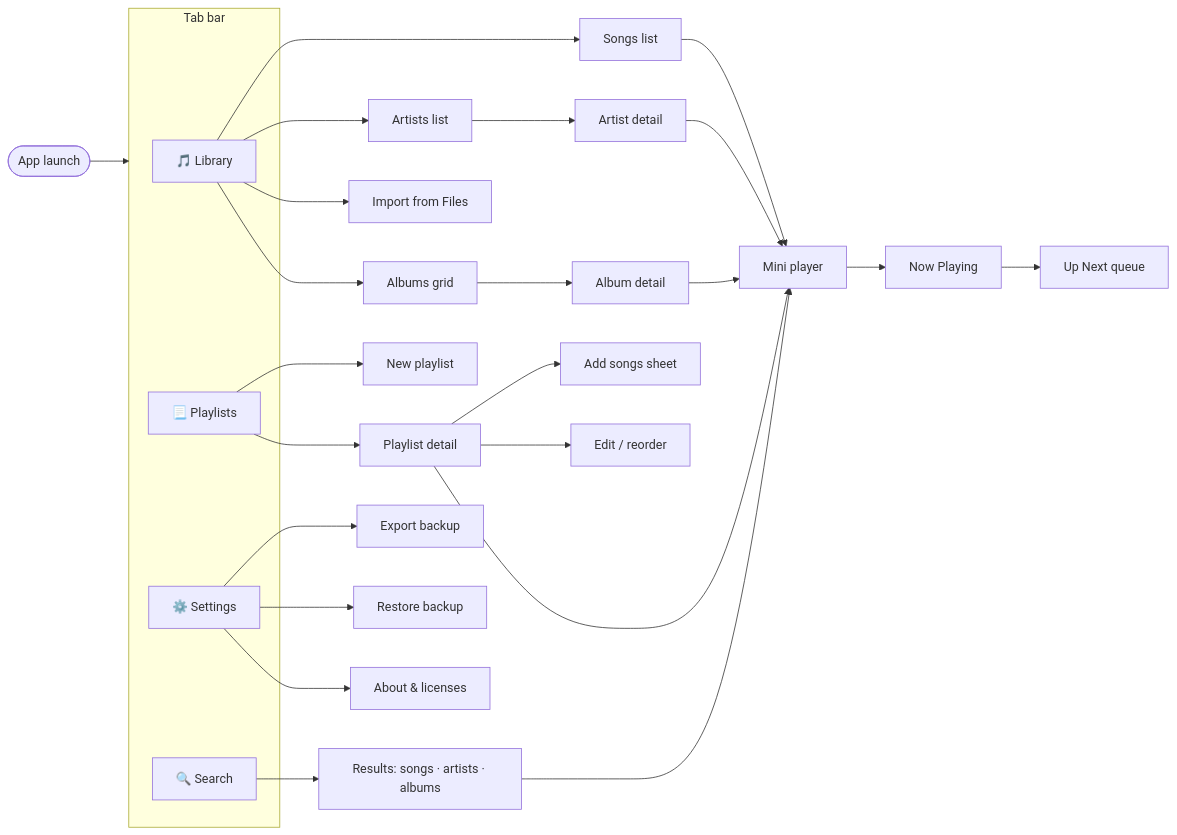
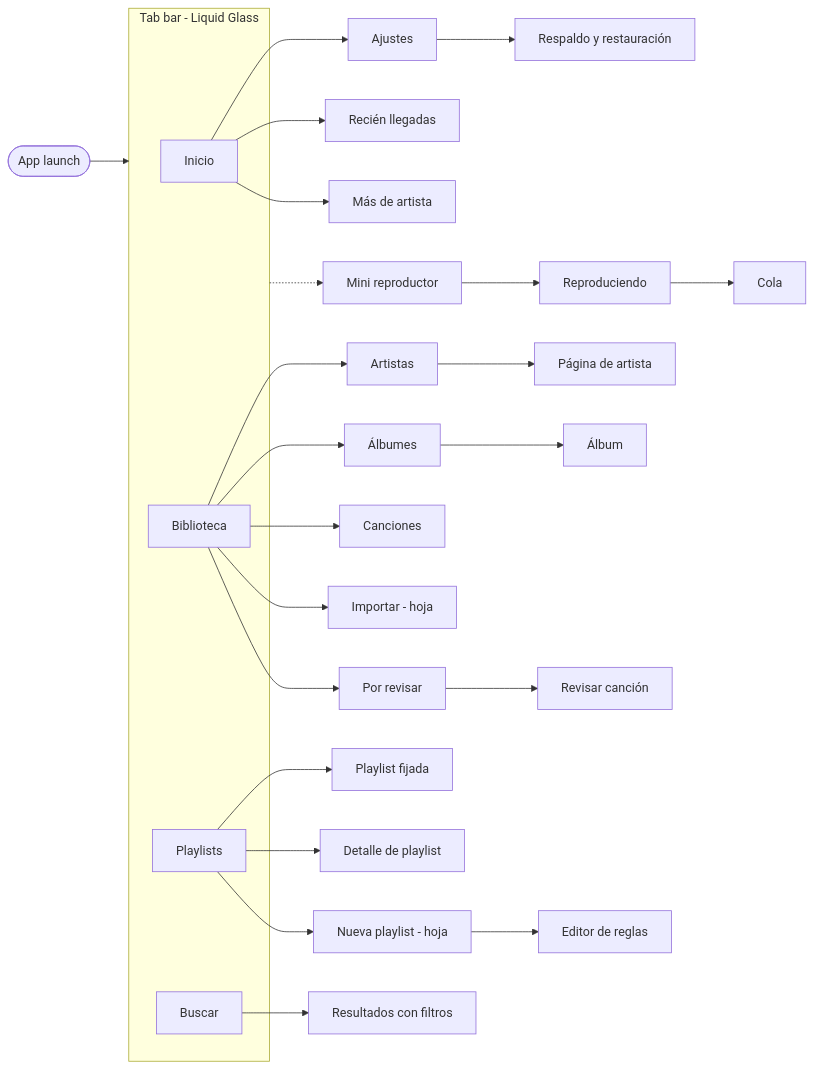
Before and after one commit to sabrinasalomon/CoryMusic: the first of 7 diagrams in docs/USER_FLOWS.md, drawn with Mermaid. The commit also changed other lines of this file and 9 other files, not shown here.

````diff
--- a/docs/USER_FLOWS.md
+++ b/docs/USER_FLOWS.md
@@ -5,33 +7,37 @@
 ```mermaid
 flowchart LR
     Launch([App launch]) --> Tabs
 
-    subgraph Tabs["Tab bar"]
-        T1[🎵 Library]
-        T2[📃 Playlists]
-        T3[🔍 Search]
-        T4[⚙️ Settings]
+    subgraph Tabs["Tab bar - Liquid Glass"]
+        T1[Inicio]
+        T2[Biblioteca]
+        T3[Playlists]
+        T4[Buscar]
     end
 
-    T1 --> Songs[Songs list]
-    T1 --> Artists[Artists list]
-    T1 --> Albums[Albums grid]
-    Artists --> ArtistDetail[Artist detail]
-    Albums --> AlbumDetail[Album detail]
-    T1 --> Import[Import from Files]
+    T1 --> Settings[Ajustes]
+    T1 --> Recent[Recién llegadas]
+    T1 --> MoreFrom[Más de artista]
 
-    T2 --> PlaylistDetail[Playlist detail]
-    T2 --> NewPlaylist[New playlist]
-    PlaylistDetail --> AddSongs[Add songs sheet]
-    PlaylistDetail --> Reorder[Edit / reorder]
+    T2 --> Artists[Artistas]
+    T2 --> Albums[Álbumes]
+    T2 --> Songs[Canciones]
+    T2 --> Import[Importar - hoja]
+    T2 --> Review[Por revisar]
+    Artists --> ArtistPage[Página de artista]
+    Albums --> AlbumPage[Álbum]
+    Review --> EditSong[Revisar canción]
 
-    T3 --> Results[Results: songs · artists · albums]
+    T3 --> Pinned[Playlist fijada]
+    T3 --> Detail[Detalle de playlist]
+    T3 --> Create[Nueva playlist - hoja]
+    Create --> RuleEditor[Editor de reglas]
 
-    T4 --> Backup[Export backup]
-    T4 --> Restore[Restore backup]
-    T4 --> About[About & licenses]
+    T4 --> Results[Resultados con filtros]
 
-    Songs & ArtistDetail & AlbumDetail & PlaylistDetail & Results --> Mini[Mini player]
-    Mini --> NowPlaying[Now Playing]
-    NowPlaying --> Queue[Up Next queue]
+    Settings --> Backup[Respaldo y restauración]
+
+    Tabs -.-> Mini[Mini reproductor]
+    Mini --> NowPlaying[Reproduciendo]
+    NowPlaying --> Queue[Cola]
 ```
````
